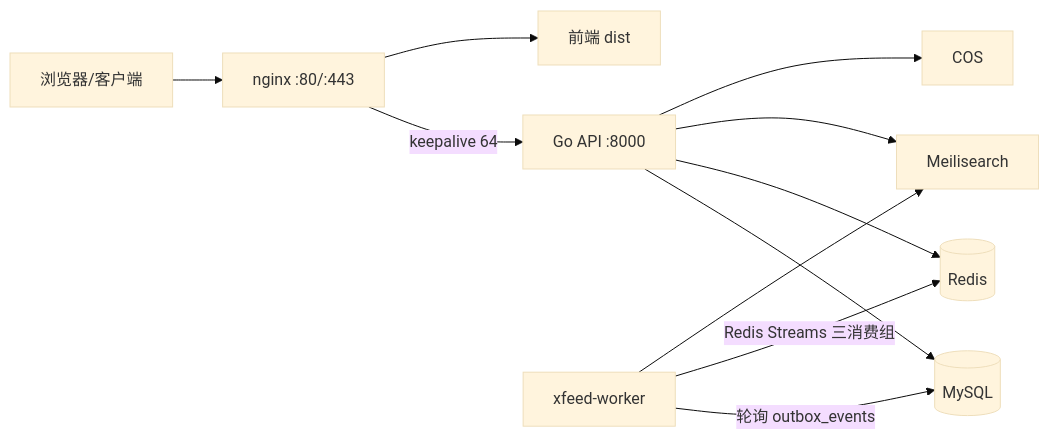
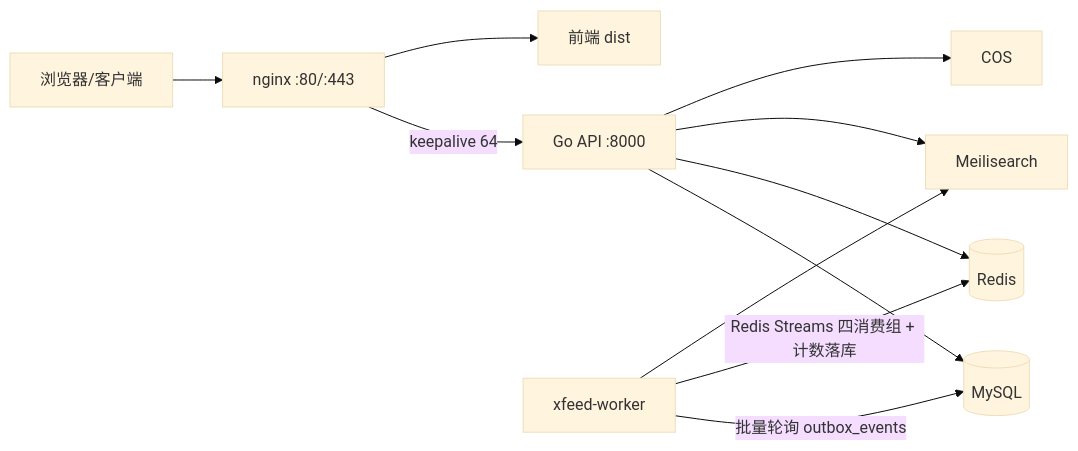
The diagram in README.md (Muelsyse030/XFeedSystem), drawn with Mermaid (base theme) before and after one commit. The commit also changed other lines of this file and 5 other files, not shown here.

Commit message:
docs: 更新 README（关注时间线/四消费组/计数落库/性能基线）+ 新增第六轮与综合压测报告

````diff
--- a/README.md
+++ b/README.md
@@ -18,13 +18,13 @@
 ```mermaid
 graph LR
     U[浏览器/客户端] --> N[nginx :80/:443]
     N -->|keepalive 64| A[Go API :8000]
     A --> M[(MySQL)]
     A --> R[(Redis)]
     A --> S[Meilisearch]
     A --> O[COS]
     N --> D[前端 dist]
-    W[xfeed-worker] -->|轮询 outbox_events| M
-    W -->|Redis Streams 三消费组| R
+    W[xfeed-worker] -->|批量轮询 outbox_events| M
+    W -->|Redis Streams 四消费组 + 计数落库| R
     W --> S
 ```
````
